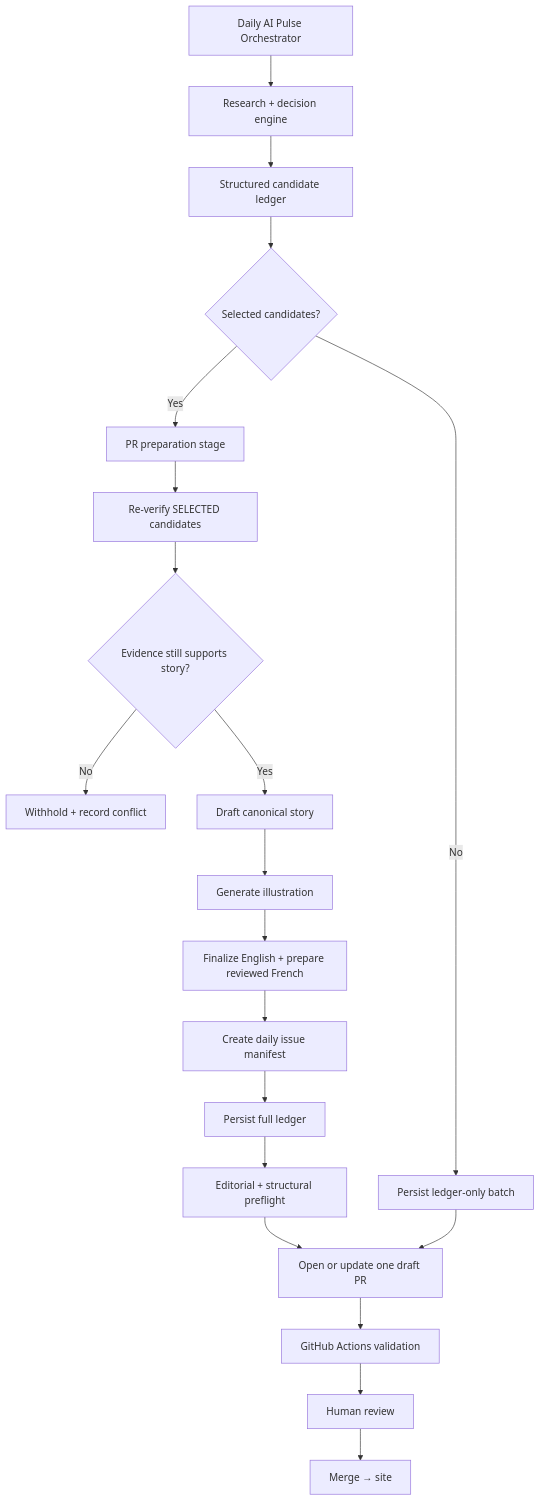
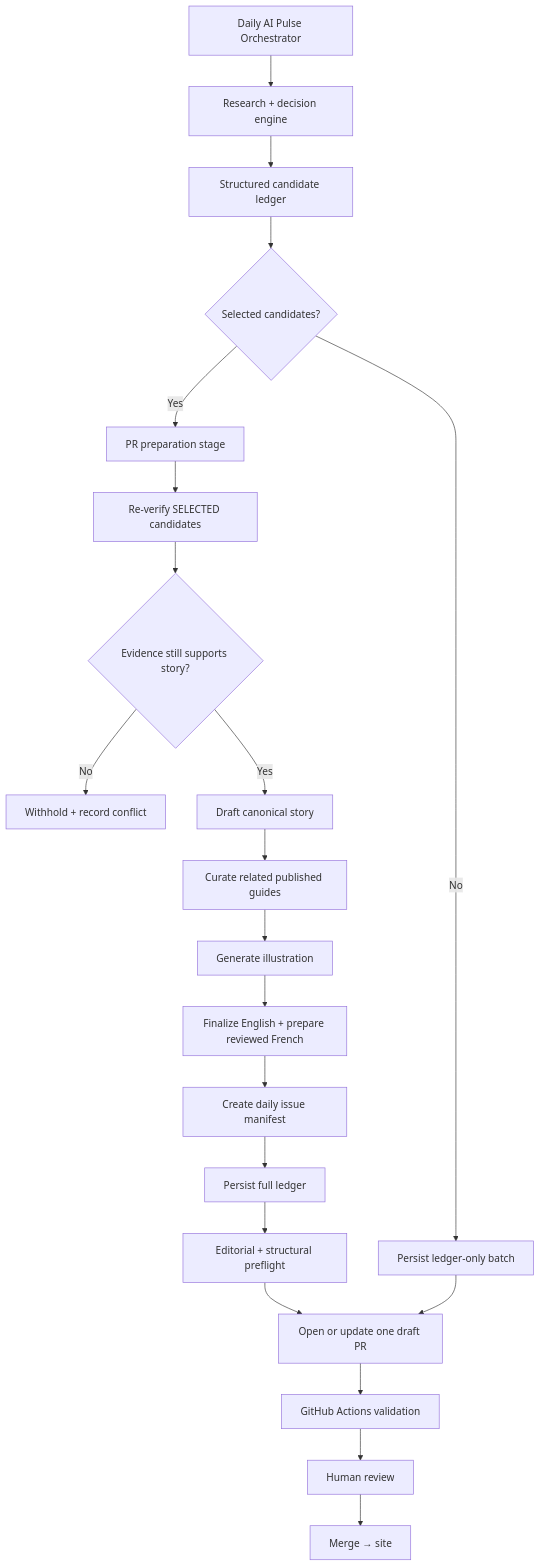
The diagram in docs/editorial/PR_PREPARATION_V1.md (GadDev/daily-ai-pulse), drawn with Mermaid before and after one commit. The commit also changed other lines of this file and 15 other files, not shown here.

First line of the commit message:
feat: curate published related reading across news and guides (#201) (#261)

````diff
--- a/docs/editorial/PR_PREPARATION_V1.md
+++ b/docs/editorial/PR_PREPARATION_V1.md
@@ -19,27 +19,28 @@
 ```mermaid
 flowchart TD
     A["Daily AI Pulse Orchestrator"] --> B["Research + decision engine"]
     B --> C["Structured candidate ledger"]
     C --> D{"Selected candidates?"}
 
     D -->|No| E["Persist ledger-only batch"]
     D -->|Yes| F["PR preparation stage"]
 
     F --> G["Re-verify SELECTED candidates"]
     G --> H{"Evidence still supports story?"}
     H -->|No| I["Withhold + record conflict"]
     H -->|Yes| J["Draft canonical story"]
 
-    J --> K["Generate illustration"]
+    J --> X["Curate related published guides"]
+    X --> K["Generate illustration"]
     K --> T["Finalize English + prepare reviewed French"]
     T --> L["Create daily issue manifest"]
     L --> M["Persist full ledger"]
     M --> N["Editorial + structural preflight"]
     N --> O["Open or update one draft PR"]
 
     E --> O
 
     O --> P["GitHub Actions validation"]
     P --> Q["Human review"]
     Q --> R["Merge → site"]
 ```
````
